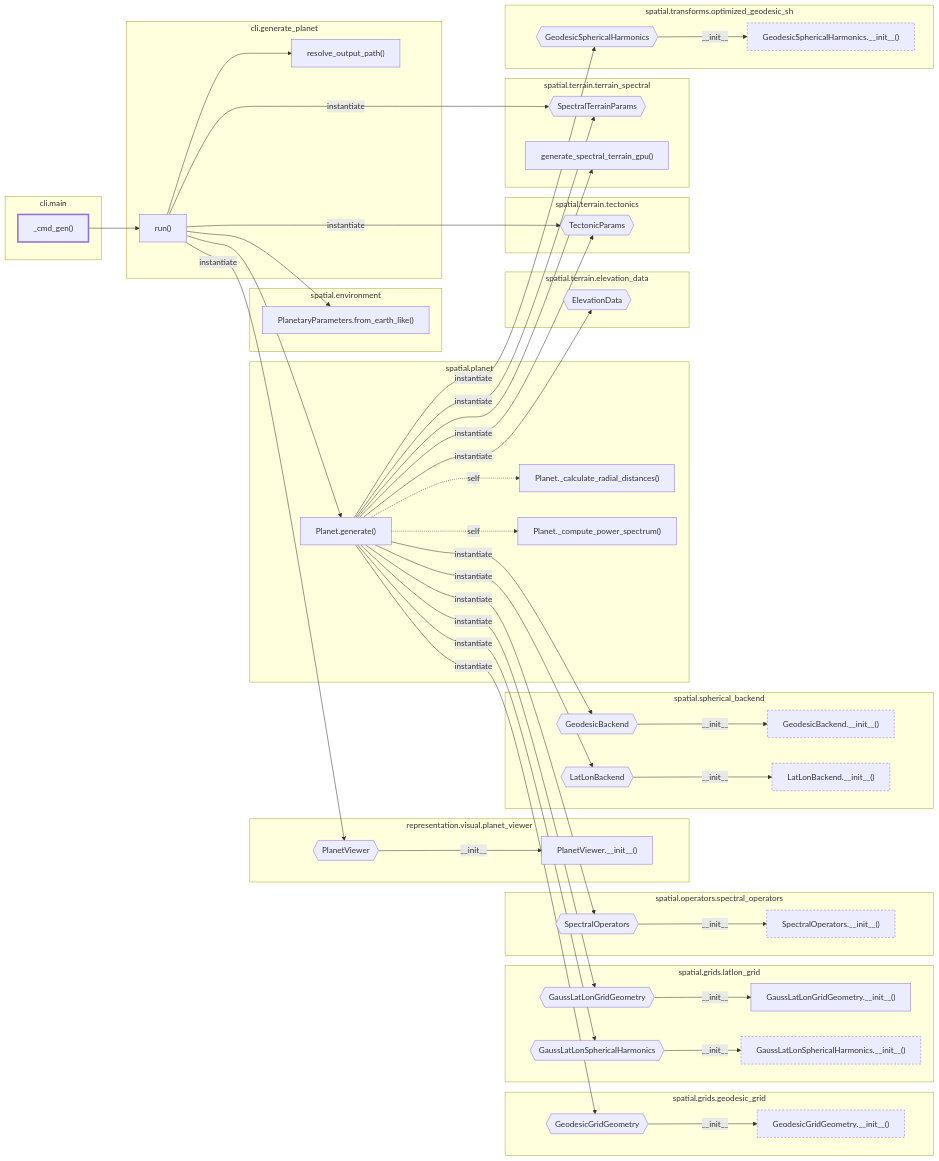
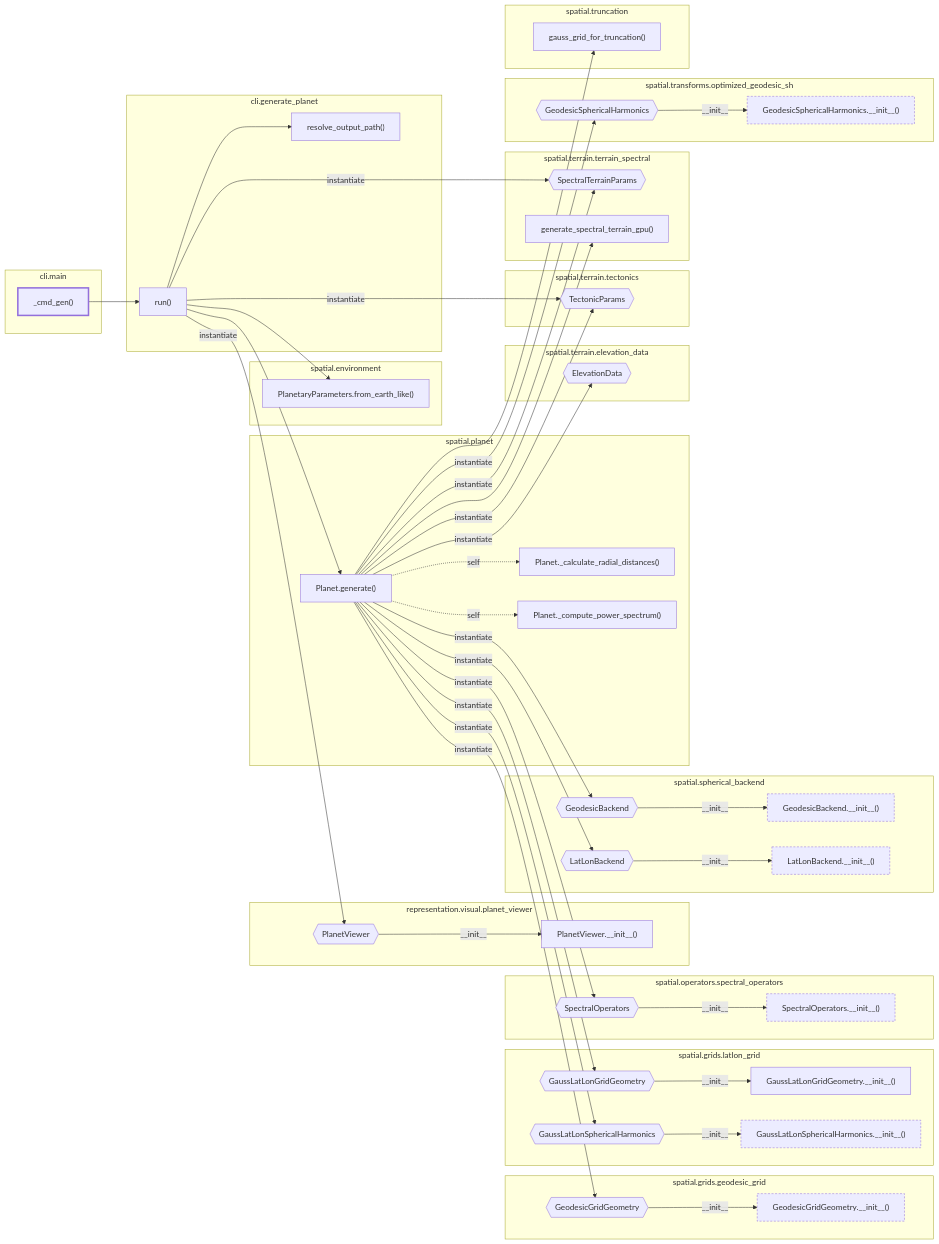
The diagram in docs/architecture/current/calls/cli-gen.mmd (AlexandreEros/Palintropos), drawn with Mermaid before and after one commit. The commit also changed 19 other files, not shown here.

First line of the commit message:
docs(architecture): refresh the snapshot for the lat-lon default

```diff
--- a/docs/architecture/current/calls/cli-gen.mmd
+++ b/docs/architecture/current/calls/cli-gen.mmd
@@ -1,93 +1,97 @@
 %% Generated by tools.architecture 2.3.0. Do not edit by hand.
 %% Static call graph from tropoi.cli.main._cmd_gen, depth <= 4. Solid: call/instantiate/__init__/super. Dashed: self-dispatch and possible overrides. Dashed border: node with further calls beyond the depth cut.
 flowchart LR
     subgraph g_tropoi_ocli_ogenerate__planet["cli.generate#95;planet"]
         n_tropoi_ocli_ogenerate__planet_oresolve__output__path["resolve#95;output#95;path()"]
         n_tropoi_ocli_ogenerate__planet_orun["run()"]
     end
     subgraph g_tropoi_ocli_omain["cli.main"]
         n_tropoi_ocli_omain_o__cmd__gen["#95;cmd#95;gen()"]
     end
     subgraph g_tropoi_orepresentation_ovisual_oplanet__viewer["representation.visual.planet#95;viewer"]
         n_tropoi_orepresentation_ovisual_oplanet__viewer_oPlanetViewer{{"PlanetViewer"}}
         n_tropoi_orepresentation_ovisual_oplanet__viewer_oPlanetViewer_o____init____["PlanetViewer.#95;#95;init#95;#95;()"]
     end
     subgraph g_tropoi_ospatial_oenvironment["spatial.environment"]
         n_tropoi_ospatial_oenvironment_oPlanetaryParameters_ofrom__earth__like["PlanetaryParameters.from#95;earth#95;like()"]
     end
     subgraph g_tropoi_ospatial_ogrids_ogeodesic__grid["spatial.grids.geodesic#95;grid"]
         n_tropoi_ospatial_ogrids_ogeodesic__grid_oGeodesicGridGeometry{{"GeodesicGridGeometry"}}
         n_tropoi_ospatial_ogrids_ogeodesic__grid_oGeodesicGridGeometry_o____init____["GeodesicGridGeometry.#95;#95;init#95;#95;()"]
     end
     subgraph g_tropoi_ospatial_ogrids_olatlon__grid["spatial.grids.latlon#95;grid"]
         n_tropoi_ospatial_ogrids_olatlon__grid_oGaussLatLonGridGeometry{{"GaussLatLonGridGeometry"}}
         n_tropoi_ospatial_ogrids_olatlon__grid_oGaussLatLonGridGeometry_o____init____["GaussLatLonGridGeometry.#95;#95;init#95;#95;()"]
         n_tropoi_ospatial_ogrids_olatlon__grid_oGaussLatLonSphericalHarmonics{{"GaussLatLonSphericalHarmonics"}}
         n_tropoi_ospatial_ogrids_olatlon__grid_oGaussLatLonSphericalHarmonics_o____init____["GaussLatLonSphericalHarmonics.#95;#95;init#95;#95;()"]
     end
     subgraph g_tropoi_ospatial_ooperators_ospectral__operators["spatial.operators.spectral#95;operators"]
         n_tropoi_ospatial_ooperators_ospectral__operators_oSpectralOperators{{"SpectralOperators"}}
         n_tropoi_ospatial_ooperators_ospectral__operators_oSpectralOperators_o____init____["SpectralOperators.#95;#95;init#95;#95;()"]
     end
     subgraph g_tropoi_ospatial_oplanet["spatial.planet"]
         n_tropoi_ospatial_oplanet_oPlanet_o__calculate__radial__distances["Planet.#95;calculate#95;radial#95;distances()"]
         n_tropoi_ospatial_oplanet_oPlanet_o__compute__power__spectrum["Planet.#95;compute#95;power#95;spectrum()"]
         n_tropoi_ospatial_oplanet_oPlanet_ogenerate["Planet.generate()"]
     end
     subgraph g_tropoi_ospatial_ospherical__backend["spatial.spherical#95;backend"]
         n_tropoi_ospatial_ospherical__backend_oGeodesicBackend{{"GeodesicBackend"}}
         n_tropoi_ospatial_ospherical__backend_oGeodesicBackend_o____init____["GeodesicBackend.#95;#95;init#95;#95;()"]
         n_tropoi_ospatial_ospherical__backend_oLatLonBackend{{"LatLonBackend"}}
         n_tropoi_ospatial_ospherical__backend_oLatLonBackend_o____init____["LatLonBackend.#95;#95;init#95;#95;()"]
     end
     subgraph g_tropoi_ospatial_oterrain_oelevation__data["spatial.terrain.elevation#95;data"]
         n_tropoi_ospatial_oterrain_oelevation__data_oElevationData{{"ElevationData"}}
     end
     subgraph g_tropoi_ospatial_oterrain_otectonics["spatial.terrain.tectonics"]
         n_tropoi_ospatial_oterrain_otectonics_oTectonicParams{{"TectonicParams"}}
     end
     subgraph g_tropoi_ospatial_oterrain_oterrain__spectral["spatial.terrain.terrain#95;spectral"]
         n_tropoi_ospatial_oterrain_oterrain__spectral_oSpectralTerrainParams{{"SpectralTerrainParams"}}
         n_tropoi_ospatial_oterrain_oterrain__spectral_ogenerate__spectral__terrain__gpu["generate#95;spectral#95;terrain#95;gpu()"]
     end
     subgraph g_tropoi_ospatial_otransforms_ooptimized__geodesic__sh["spatial.transforms.optimized#95;geodesic#95;sh"]
         n_tropoi_ospatial_otransforms_ooptimized__geodesic__sh_oGeodesicSphericalHarmonics{{"GeodesicSphericalHarmonics"}}
         n_tropoi_ospatial_otransforms_ooptimized__geodesic__sh_oGeodesicSphericalHarmonics_o____init____["GeodesicSphericalHarmonics.#95;#95;init#95;#95;()"]
     end
+    subgraph g_tropoi_ospatial_otruncation["spatial.truncation"]
+        n_tropoi_ospatial_otruncation_ogauss__grid__for__truncation["gauss#95;grid#95;for#95;truncation()"]
+    end
     n_tropoi_ocli_ogenerate__planet_orun --> n_tropoi_ocli_ogenerate__planet_oresolve__output__path
     n_tropoi_ocli_ogenerate__planet_orun -->|instantiate| n_tropoi_orepresentation_ovisual_oplanet__viewer_oPlanetViewer
     n_tropoi_ocli_ogenerate__planet_orun --> n_tropoi_ospatial_oenvironment_oPlanetaryParameters_ofrom__earth__like
     n_tropoi_ocli_ogenerate__planet_orun --> n_tropoi_ospatial_oplanet_oPlanet_ogenerate
     n_tropoi_ocli_ogenerate__planet_orun -->|instantiate| n_tropoi_ospatial_oterrain_otectonics_oTectonicParams
     n_tropoi_ocli_ogenerate__planet_orun -->|instantiate| n_tropoi_ospatial_oterrain_oterrain__spectral_oSpectralTerrainParams
     n_tropoi_ocli_omain_o__cmd__gen --> n_tropoi_ocli_ogenerate__planet_orun
     n_tropoi_orepresentation_ovisual_oplanet__viewer_oPlanetViewer -->|#95;#95;init#95;#95;| n_tropoi_orepresentation_ovisual_oplanet__viewer_oPlanetViewer_o____init____
     n_tropoi_ospatial_ogrids_ogeodesic__grid_oGeodesicGridGeometry -->|#95;#95;init#95;#95;| n_tropoi_ospatial_ogrids_ogeodesic__grid_oGeodesicGridGeometry_o____init____
     n_tropoi_ospatial_ogrids_olatlon__grid_oGaussLatLonGridGeometry -->|#95;#95;init#95;#95;| n_tropoi_ospatial_ogrids_olatlon__grid_oGaussLatLonGridGeometry_o____init____
     n_tropoi_ospatial_ogrids_olatlon__grid_oGaussLatLonSphericalHarmonics -->|#95;#95;init#95;#95;| n_tropoi_ospatial_ogrids_olatlon__grid_oGaussLatLonSphericalHarmonics_o____init____
     n_tropoi_ospatial_ooperators_ospectral__operators_oSpectralOperators -->|#95;#95;init#95;#95;| n_tropoi_ospatial_ooperators_ospectral__operators_oSpectralOperators_o____init____
     n_tropoi_ospatial_oplanet_oPlanet_ogenerate -->|instantiate| n_tropoi_ospatial_ogrids_ogeodesic__grid_oGeodesicGridGeometry
     n_tropoi_ospatial_oplanet_oPlanet_ogenerate -->|instantiate| n_tropoi_ospatial_ogrids_olatlon__grid_oGaussLatLonGridGeometry
     n_tropoi_ospatial_oplanet_oPlanet_ogenerate -->|instantiate| n_tropoi_ospatial_ogrids_olatlon__grid_oGaussLatLonSphericalHarmonics
     n_tropoi_ospatial_oplanet_oPlanet_ogenerate -->|instantiate| n_tropoi_ospatial_ooperators_ospectral__operators_oSpectralOperators
     n_tropoi_ospatial_oplanet_oPlanet_ogenerate -.->|self| n_tropoi_ospatial_oplanet_oPlanet_o__calculate__radial__distances
     n_tropoi_ospatial_oplanet_oPlanet_ogenerate -.->|self| n_tropoi_ospatial_oplanet_oPlanet_o__compute__power__spectrum
     n_tropoi_ospatial_oplanet_oPlanet_ogenerate -->|instantiate| n_tropoi_ospatial_ospherical__backend_oGeodesicBackend
     n_tropoi_ospatial_oplanet_oPlanet_ogenerate -->|instantiate| n_tropoi_ospatial_ospherical__backend_oLatLonBackend
     n_tropoi_ospatial_oplanet_oPlanet_ogenerate -->|instantiate| n_tropoi_ospatial_oterrain_oelevation__data_oElevationData
     n_tropoi_ospatial_oplanet_oPlanet_ogenerate -->|instantiate| n_tropoi_ospatial_oterrain_otectonics_oTectonicParams
     n_tropoi_ospatial_oplanet_oPlanet_ogenerate -->|instantiate| n_tropoi_ospatial_oterrain_oterrain__spectral_oSpectralTerrainParams
     n_tropoi_ospatial_oplanet_oPlanet_ogenerate --> n_tropoi_ospatial_oterrain_oterrain__spectral_ogenerate__spectral__terrain__gpu
     n_tropoi_ospatial_oplanet_oPlanet_ogenerate -->|instantiate| n_tropoi_ospatial_otransforms_ooptimized__geodesic__sh_oGeodesicSphericalHarmonics
+    n_tropoi_ospatial_oplanet_oPlanet_ogenerate --> n_tropoi_ospatial_otruncation_ogauss__grid__for__truncation
     n_tropoi_ospatial_ospherical__backend_oGeodesicBackend -->|#95;#95;init#95;#95;| n_tropoi_ospatial_ospherical__backend_oGeodesicBackend_o____init____
     n_tropoi_ospatial_ospherical__backend_oLatLonBackend -->|#95;#95;init#95;#95;| n_tropoi_ospatial_ospherical__backend_oLatLonBackend_o____init____
     n_tropoi_ospatial_otransforms_ooptimized__geodesic__sh_oGeodesicSphericalHarmonics -->|#95;#95;init#95;#95;| n_tropoi_ospatial_otransforms_ooptimized__geodesic__sh_oGeodesicSphericalHarmonics_o____init____
     classDef root stroke-width:3px
     classDef truncated stroke-dasharray:4 3
     class n_tropoi_ocli_omain_o__cmd__gen root
     class n_tropoi_ospatial_ogrids_ogeodesic__grid_oGeodesicGridGeometry_o____init____ truncated
     class n_tropoi_ospatial_ogrids_olatlon__grid_oGaussLatLonSphericalHarmonics_o____init____ truncated
     class n_tropoi_ospatial_ooperators_ospectral__operators_oSpectralOperators_o____init____ truncated
     class n_tropoi_ospatial_ospherical__backend_oGeodesicBackend_o____init____ truncated
     class n_tropoi_ospatial_ospherical__backend_oLatLonBackend_o____init____ truncated
     class n_tropoi_ospatial_otransforms_ooptimized__geodesic__sh_oGeodesicSphericalHarmonics_o____init____ truncated
```
